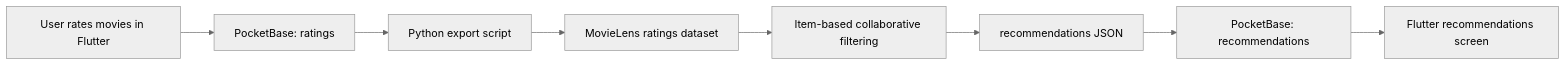
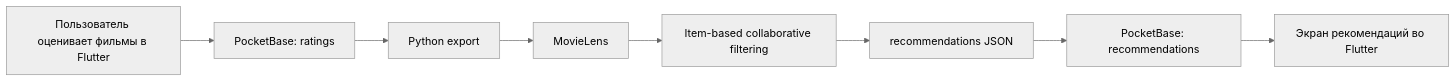
One commit to Rodjolo/social_media_app changed the diagram in docs/diploma_recommendation_system.md. Above: the diagram before and after it, drawn with Mermaid (neutral theme). The commit also changed other lines of this file and 9 other files, not shown here.

````diff
--- a/docs/diploma_recommendation_system.md
+++ b/docs/diploma_recommendation_system.md
@@ -40,10 +50,10 @@
 ```mermaid
 flowchart LR
-    A["User rates movies in Flutter"] --> B["PocketBase: ratings"]
-    B --> C["Python export script"]
-    C --> D["MovieLens ratings dataset"]
+    A["Пользователь оценивает фильмы в Flutter"] --> B["PocketBase: ratings"]
+    B --> C["Python export"]
+    C --> D["MovieLens"]
     D --> E["Item-based collaborative filtering"]
     E --> F["recommendations JSON"]
     F --> G["PocketBase: recommendations"]
-    G --> H["Flutter recommendations screen"]
+    G --> H["Экран рекомендаций во Flutter"]
 ```
````
